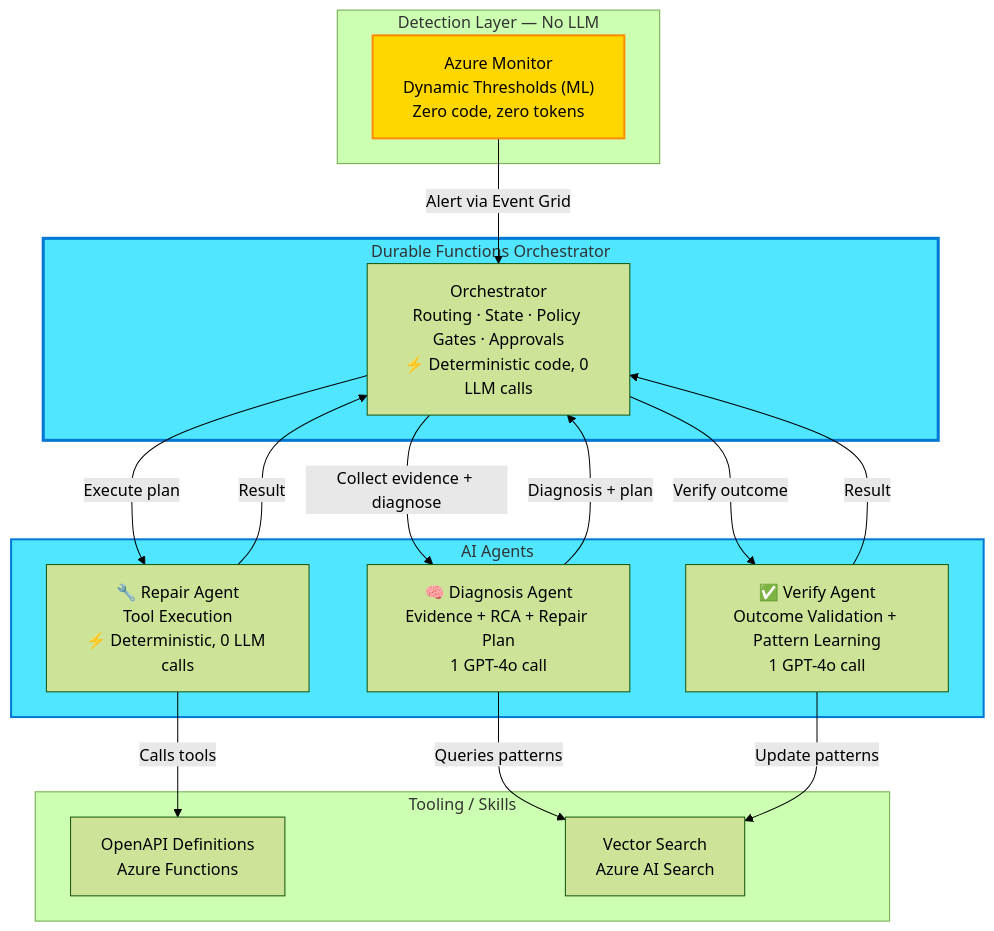
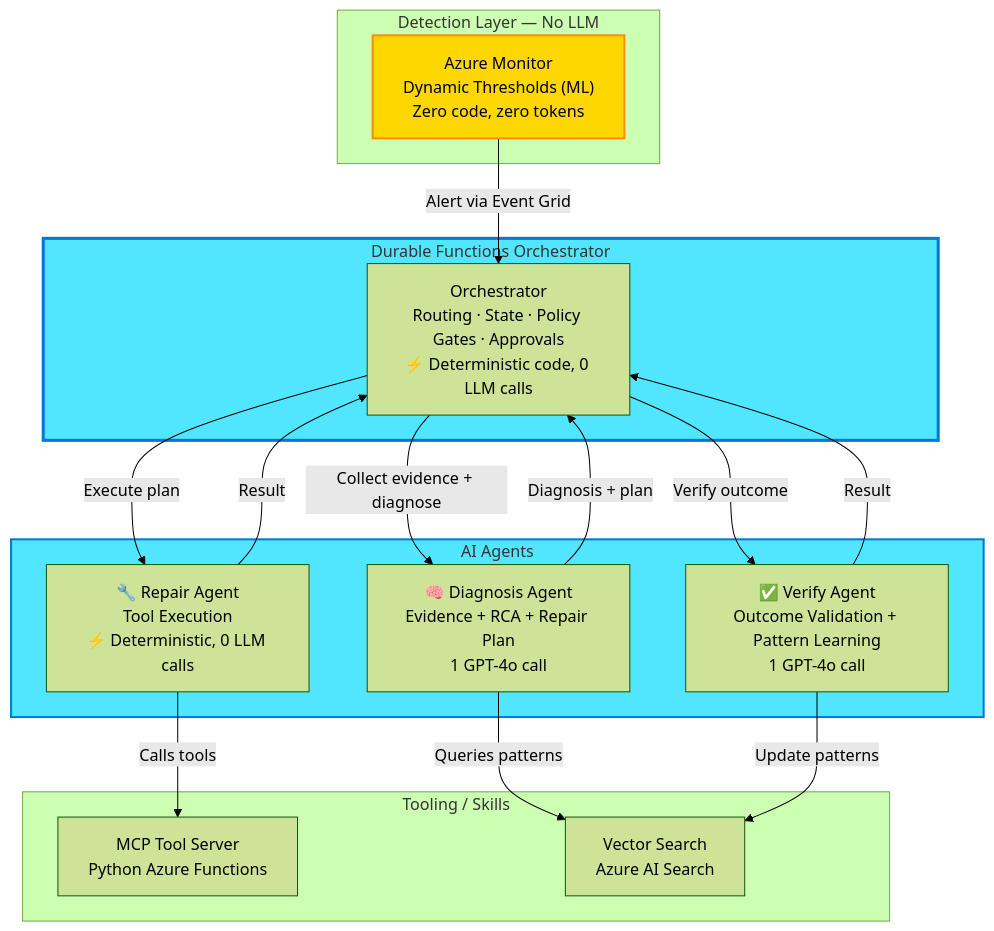
Before and after one commit to mayankgupta7673/Continuum-Ops: the fifth of 10 diagrams in docs/01-Technical-Architecture.md, drawn with Mermaid (forest theme). The commit also changed other lines of this file and 48 other files, not shown here.

Commit message:
Updating Initial Code and Flow

````diff
--- a/docs/01-Technical-Architecture.md
+++ b/docs/01-Technical-Architecture.md
@@ -166,36 +166,36 @@
 ```mermaid
 graph TB
     subgraph Detection[Detection Layer — No LLM]
         AZMON["Azure Monitor<br/>Dynamic Thresholds (ML)<br/>Zero code, zero tokens"]
     end
 
     subgraph Orchestration[Durable Functions Orchestrator]
         ORCH["Orchestrator<br/>Routing · State · Policy Gates · Approvals<br/>⚡ Deterministic code, 0 LLM calls"]
     end
 
     subgraph Agents[AI Agents]
         DIAG["🧠 Diagnosis Agent<br/>Evidence + RCA + Repair Plan<br/>1 GPT-4o call"]
         REPAIR["🔧 Repair Agent<br/>Tool Execution<br/>⚡ Deterministic, 0 LLM calls"]
         VERIFY["✅ Verify Agent<br/>Outcome Validation + Pattern Learning<br/>1 GPT-4o call"]
     end
 
     subgraph Skills[Tooling / Skills]
-        OPENAPI["OpenAPI Definitions<br/>Azure Functions"]
+        MCP["MCP Tool Server<br/>Python Azure Functions"]
         SEARCH["Vector Search<br/>Azure AI Search"]
     end
     
     AZMON -->|Alert via Event Grid| ORCH
     ORCH -->|Collect evidence + diagnose| DIAG
     DIAG -->|Queries patterns| SEARCH
     DIAG -->|Diagnosis + plan| ORCH
     ORCH -->|Execute plan| REPAIR
-    REPAIR -->|Calls tools| OPENAPI
+    REPAIR -->|Calls tools| MCP
     REPAIR -->|Result| ORCH
     ORCH -->|Verify outcome| VERIFY
     VERIFY -->|Update patterns| SEARCH
     VERIFY -->|Result| ORCH
     
     style AZMON fill:#FFD700,stroke:#FF8C00,stroke-width:2px
     style Orchestration fill:#50e6ff,stroke:#0078d4,stroke-width:3px
     style Agents fill:#50e6ff,stroke:#0078d4,stroke-width:2px
 ```
````
